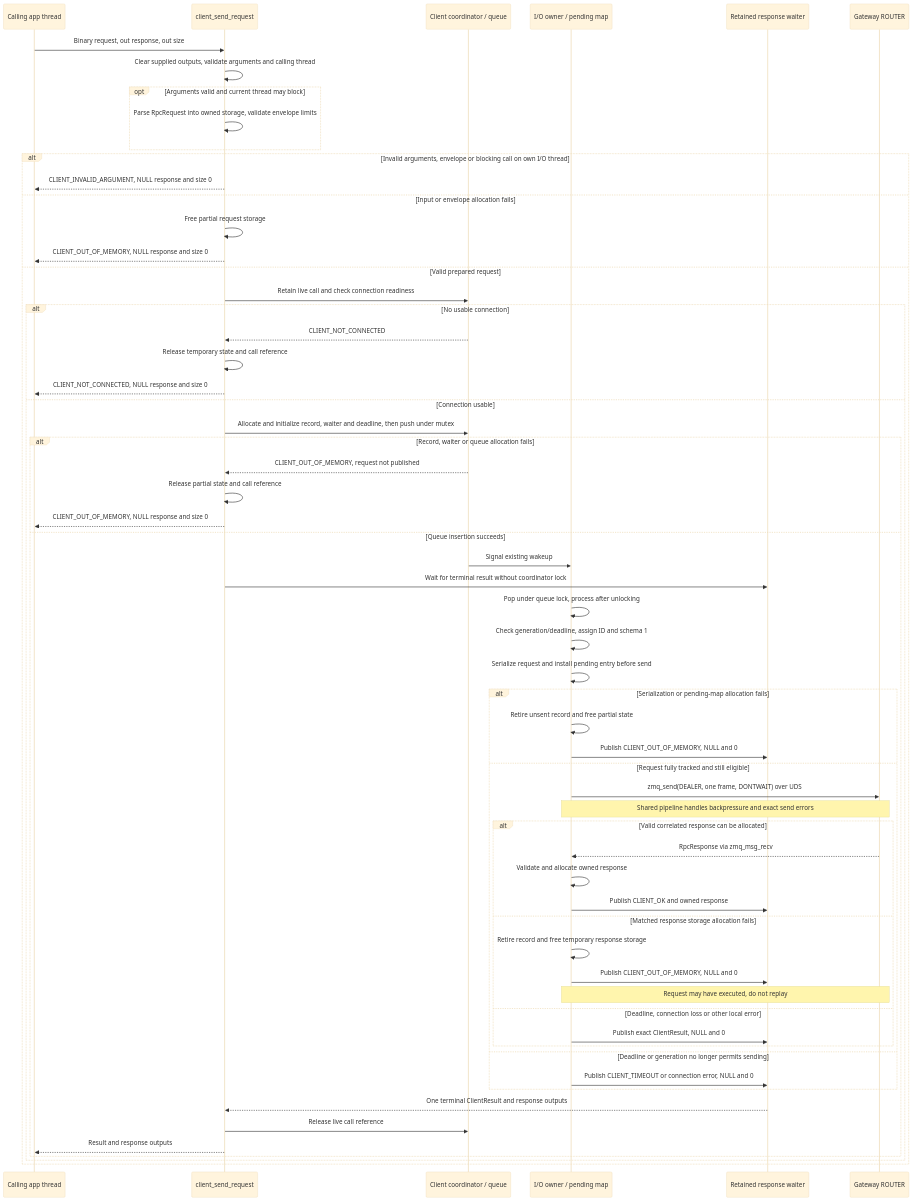
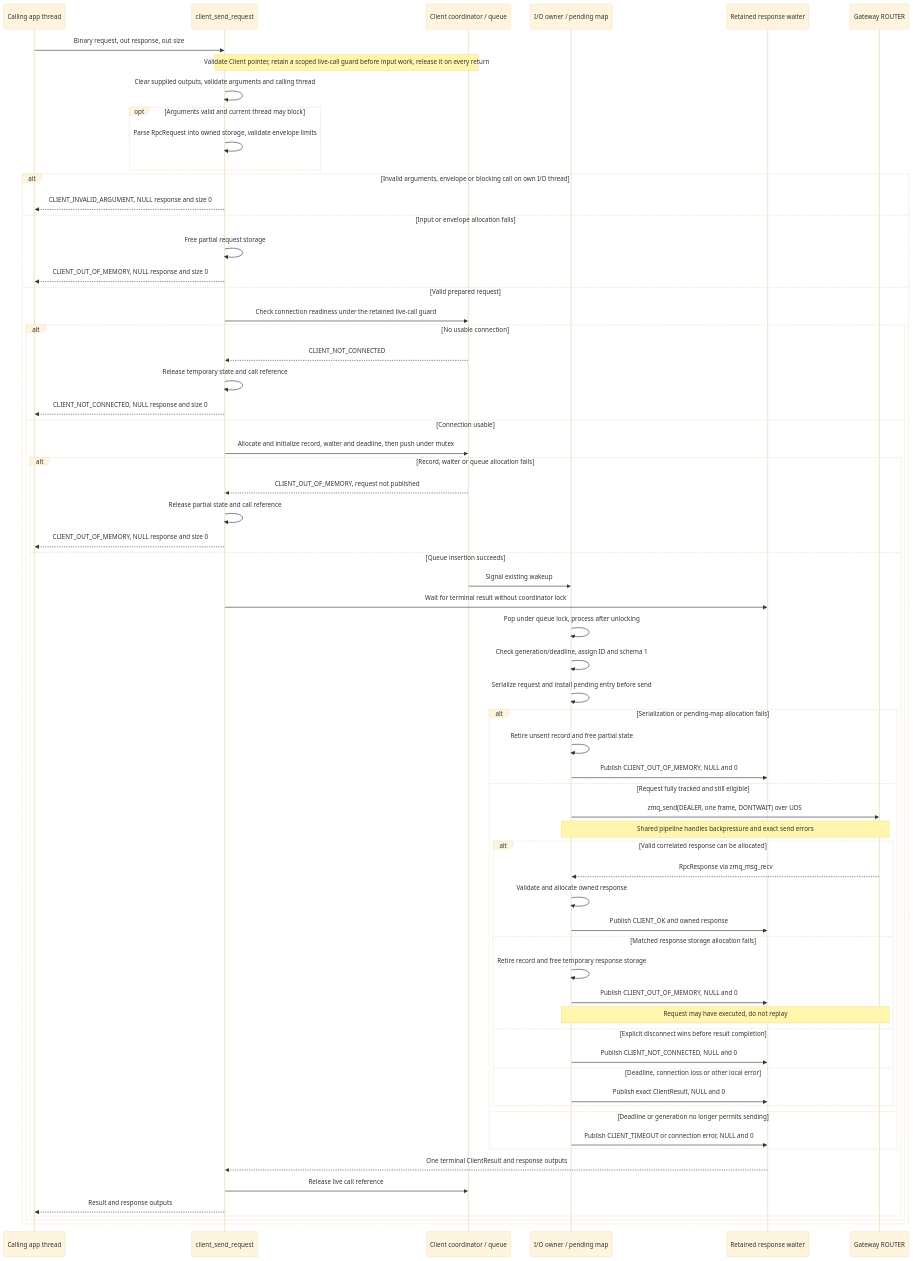
Before and after one commit to rdkcentral/eyil-secure-gateway: the sixth of 35 diagrams in doc/EyilSecureGateway.md, drawn with Mermaid (base theme). The commit also changed other lines of this file, not shown here.

````diff
--- a/doc/EyilSecureGateway.md
+++ b/doc/EyilSecureGateway.md
@@ -1207,63 +1333,66 @@
 ```mermaid
 sequenceDiagram
     participant A as Calling app thread
     participant API as client_send_request
     participant C as Client coordinator / queue
     participant IO as I/O owner / pending map
     participant W as Retained response waiter
     participant G as Gateway ROUTER
     A->>API: Binary request, out response, out size
+    Note over API,C: Validate Client pointer, retain a scoped live-call guard before input work, release it on every return
     API->>API: Clear supplied outputs, validate arguments and calling thread
     opt Arguments valid and current thread may block
         API->>API: Parse RpcRequest into owned storage, validate envelope limits
     end
     alt Invalid arguments, envelope or blocking call on own I/O thread
         API-->>A: CLIENT_INVALID_ARGUMENT, NULL response and size 0
     else Input or envelope allocation fails
         API->>API: Free partial request storage
         API-->>A: CLIENT_OUT_OF_MEMORY, NULL response and size 0
     else Valid prepared request
-        API->>C: Retain live call and check connection readiness
+        API->>C: Check connection readiness under the retained live-call guard
         alt No usable connection
             C-->>API: CLIENT_NOT_CONNECTED
             API->>API: Release temporary state and call reference
             API-->>A: CLIENT_NOT_CONNECTED, NULL response and size 0
         else Connection usable
             API->>C: Allocate and initialize record, waiter and deadline, then push under mutex
             alt Record, waiter or queue allocation fails
                 C-->>API: CLIENT_OUT_OF_MEMORY, request not published
                 API->>API: Release partial state and call reference
                 API-->>A: CLIENT_OUT_OF_MEMORY, NULL response and size 0
             else Queue insertion succeeds
                 C->>IO: Signal existing wakeup
                 API->>W: Wait for terminal result without coordinator lock
                 IO->>IO: Pop under queue lock, process after unlocking
                 IO->>IO: Check generation/deadline, assign ID and schema 1
                 IO->>IO: Serialize request and install pending entry before send
                 alt Serialization or pending-map allocation fails
                     IO->>IO: Retire unsent record and free partial state
                     IO->>W: Publish CLIENT_OUT_OF_MEMORY, NULL and 0
                 else Request fully tracked and still eligible
                     IO->>G: zmq_send(DEALER, one frame, DONTWAIT) over UDS
                     Note over IO,G: Shared pipeline handles backpressure and exact send errors
                     alt Valid correlated response can be allocated
                         G-->>IO: RpcResponse via zmq_msg_recv
                         IO->>IO: Validate and allocate owned response
                         IO->>W: Publish CLIENT_OK and owned response
                     else Matched response storage allocation fails
                         IO->>IO: Retire record and free temporary response storage
                         IO->>W: Publish CLIENT_OUT_OF_MEMORY, NULL and 0
                         Note over IO,G: Request may have executed, do not replay
+                    else Explicit disconnect wins before result completion
+                        IO->>W: Publish CLIENT_NOT_CONNECTED, NULL and 0
                     else Deadline, connection loss or other local error
                         IO->>W: Publish exact ClientResult, NULL and 0
                     end
                 else Deadline or generation no longer permits sending
                     IO->>W: Publish CLIENT_TIMEOUT or connection error, NULL and 0
                 end
                 W-->>API: One terminal ClientResult and response outputs
                 API->>C: Release live call reference
                 API-->>A: Result and response outputs
             end
         end
     end
 ```
````
